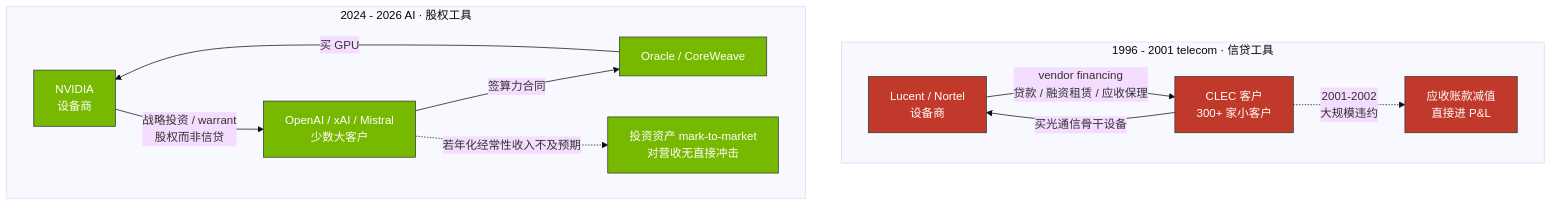
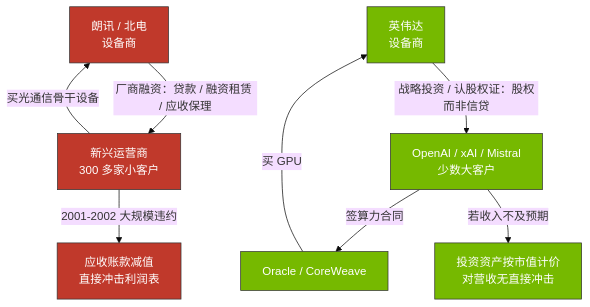
Before and after one commit to diguike/book-compute-economics: the sixth of 7 diagrams in book/18-circular-deals/README.md, drawn with Mermaid (base theme). The commit also changed other lines of this file and 33 other files, not shown here.

````diff
--- a/book/18-circular-deals/README.md
+++ b/book/18-circular-deals/README.md
@@ -323,20 +323,16 @@
 ```mermaid
 graph TB
-    subgraph T1996[1996 - 2001 telecom · 信贷工具]
-        L[Lucent / Nortel<br/>设备商] -- "vendor financing<br/>贷款 / 融资租赁 / 应收保理" --> CLEC[CLEC 客户<br/>300+ 家小客户]
-        CLEC -- "买光通信骨干设备" --> L
-        CLEC -. "2001-2002<br/>大规模违约" .-> Z1[应收账款减值<br/>直接进 P&L]
-    end
+    L[朗讯 / 北电<br/>设备商] -->|"厂商融资：贷款 / 融资租赁 / 应收保理"| CLEC[新兴运营商<br/>300 多家小客户]
+    CLEC -->|"买光通信骨干设备"| L
+    CLEC -->|"2001-2002 大规模违约"| Z1[应收账款减值<br/>直接冲击利润表]
 
-    subgraph T2024[2024 - 2026 AI · 股权工具]
-        N[NVIDIA<br/>设备商] -- "战略投资 / warrant<br/>股权而非信贷" --> OAI2[OpenAI / xAI / Mistral<br/>少数大客户]
-        OAI2 -- "签算力合同" --> CL[Oracle / CoreWeave]
-        CL -- "买 GPU" --> N
-        OAI2 -. "若年化经常性收入不及预期" .-> Z2[投资资产 mark-to-market<br/>对营收无直接冲击]
-    end
+    N[英伟达<br/>设备商] -->|"战略投资 / 认股权证：股权而非信贷"| OAI2[OpenAI / xAI / Mistral<br/>少数大客户]
+    OAI2 -->|"签算力合同"| CL[Oracle / CoreWeave]
+    CL -->|"买 GPU"| N
+    OAI2 -->|"若收入不及预期"| Z2[投资资产按市值计价<br/>对营收无直接冲击]
 
     classDef telecom fill:#C0392B,stroke:#333,color:#fff
     classDef ai fill:#76B900,stroke:#333,color:#fff
     class L,CLEC,Z1 telecom
     class N,OAI2,CL,Z2 ai
 ```
````
